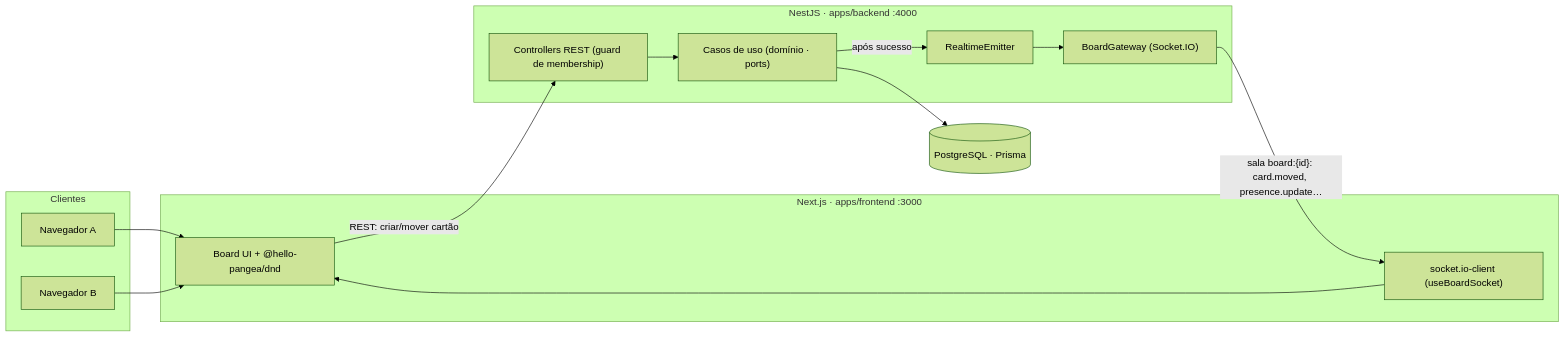
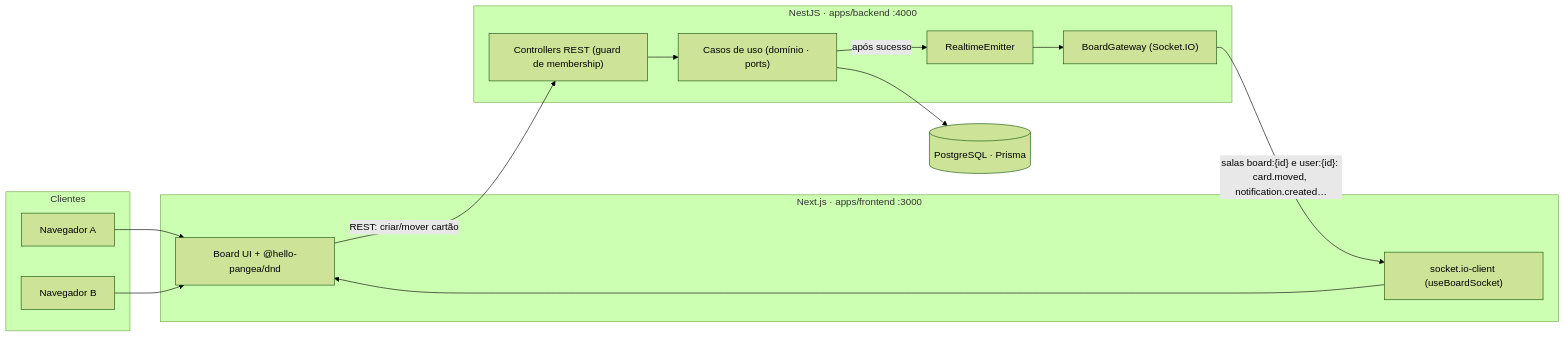
One commit to editzffaleta/taskboard-live changed the diagram in README.md. Above: the diagram before and after it, drawn with Mermaid (forest theme). The commit also changed other lines of this file and 7 other files, not shown here.

````diff
--- a/README.md
+++ b/README.md
@@ -57,28 +70,28 @@
 ```mermaid
 flowchart LR
   subgraph Clientes
     A[Navegador A]
     B[Navegador B]
   end
 
   subgraph Frontend["Next.js · apps/frontend :3000"]
     UI["Board UI + @hello-pangea/dnd"]
     SC["socket.io-client (useBoardSocket)"]
   end
 
   subgraph Backend["NestJS · apps/backend :4000"]
     HTTP["Controllers REST (guard de membership)"]
     UC["Casos de uso (domínio · ports)"]
     GW["BoardGateway (Socket.IO)"]
     RE["RealtimeEmitter"]
   end
 
   DB[("PostgreSQL · Prisma")]
 
   A --> UI
   B --> UI
   UI -->|REST: criar/mover cartão| HTTP
   HTTP --> UC --> DB
   UC -->|após sucesso| RE --> GW
-  GW -->|"sala board:{id}: card.moved, presence.update…"| SC --> UI
+  GW -->|"salas board:{id} e user:{id}: card.moved, notification.created…"| SC --> UI
 ```
````
